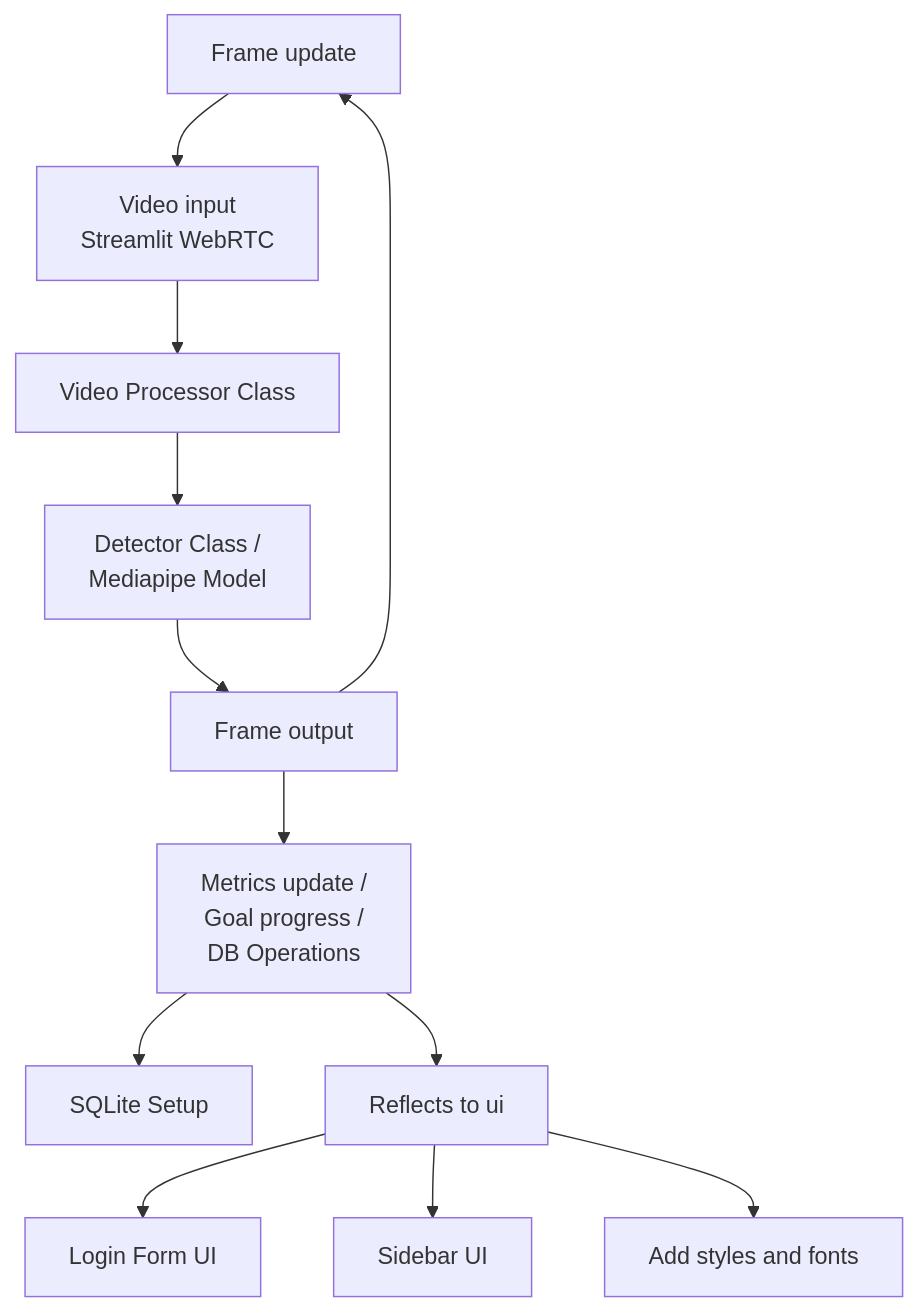
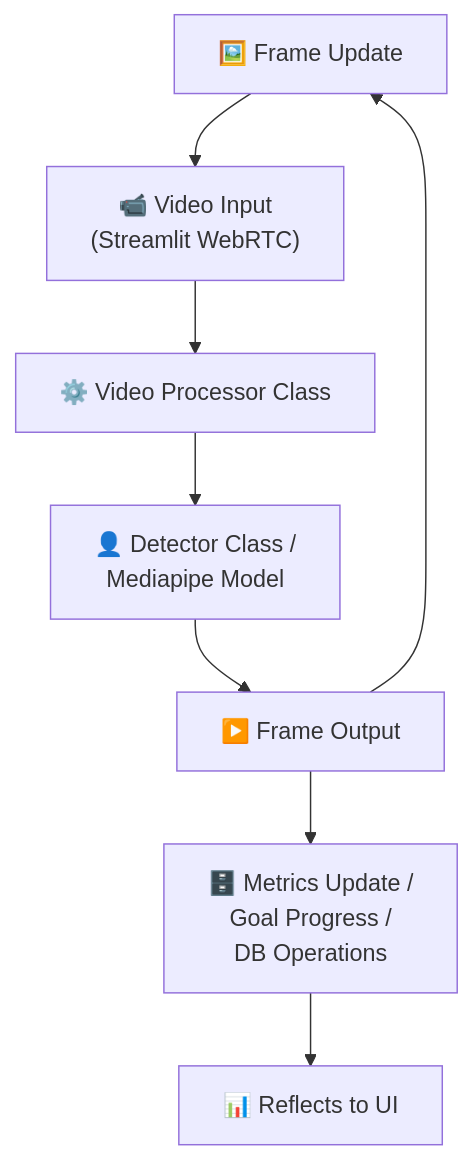
One commit to thatvivekhingu/Vision-Based-Workout-System changed the diagram in README.md. Above: the diagram before and after it, drawn with Mermaid. The commit also changed other lines of this file and 1 other file, not shown here.

Commit message:
docs: update video feature complete workflow image and diagram in README

````diff
--- a/README.md
+++ b/README.md
@@ -66,20 +53,15 @@
 ```mermaid
 flowchart TD
     %% Video Streaming & Processing Pipeline
-    FrameUpdate["Frame update"] --> VideoInput["Video input<br/>Streamlit WebRTC"]
-    VideoInput --> VideoProcessor["Video Processor Class"]
-    VideoProcessor --> Detector["Detector Class /<br/>Mediapipe Model"]
-    Detector --> FrameOutput["Frame output"]
+    FrameUpdate["🖼️ Frame Update"] --> VideoInput["📹 Video Input<br/>(Streamlit WebRTC)"]
+    VideoInput --> VideoProcessor["⚙️ Video Processor Class"]
+    VideoProcessor --> Detector["👤 Detector Class /<br/>Mediapipe Model"]
+    Detector --> FrameOutput["▶️ Frame Output"]
 
     %% Closed loop & Metric processing
     FrameOutput --> FrameUpdate
-    FrameOutput --> Metrics["Metrics update /<br/>Goal progress /<br/>DB Operations"]
+    FrameOutput --> Metrics["🗄️ Metrics Update /<br/>Goal Progress /<br/>DB Operations"]
 
-    %% Database & UI Reflection
-    Metrics --> SQLite["SQLite Setup"]
-    Metrics --> ReflectsUI["Reflects to ui"]
-
-    ReflectsUI --> LoginForm["Login Form UI"]
-    ReflectsUI --> SidebarUI["Sidebar UI"]
-    ReflectsUI --> StylesFonts["Add styles and fonts"]
+    %% UI Reflection
+    Metrics --> ReflectsUI["📊 Reflects to UI"]
 ```
````
